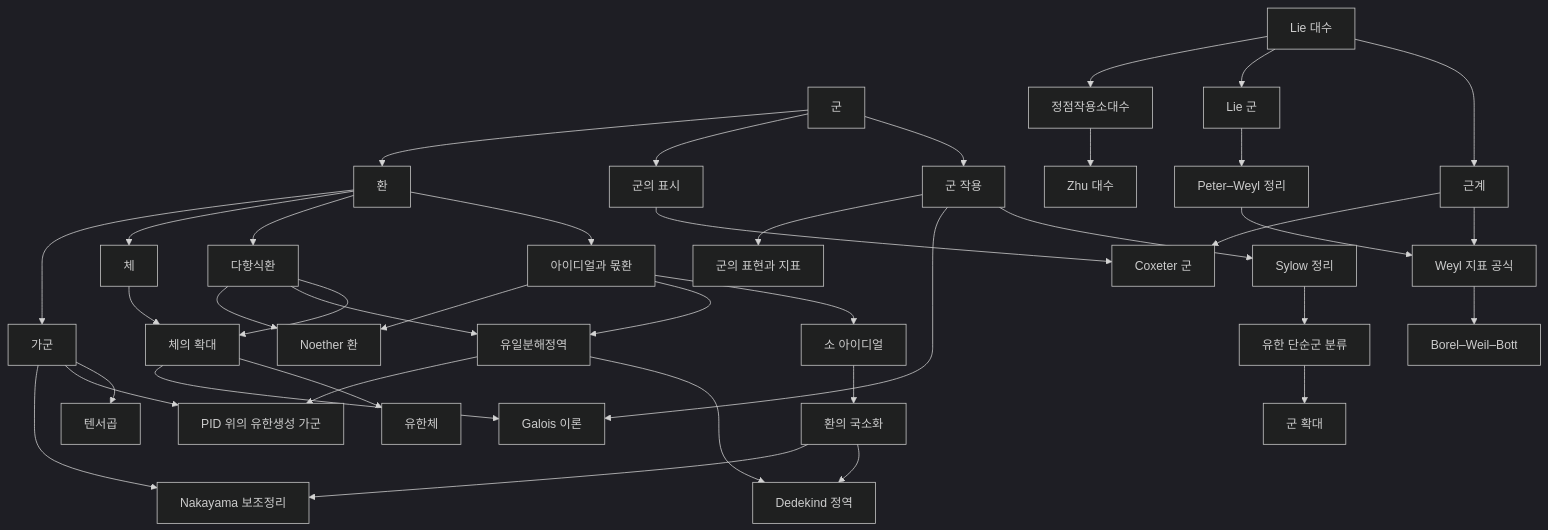
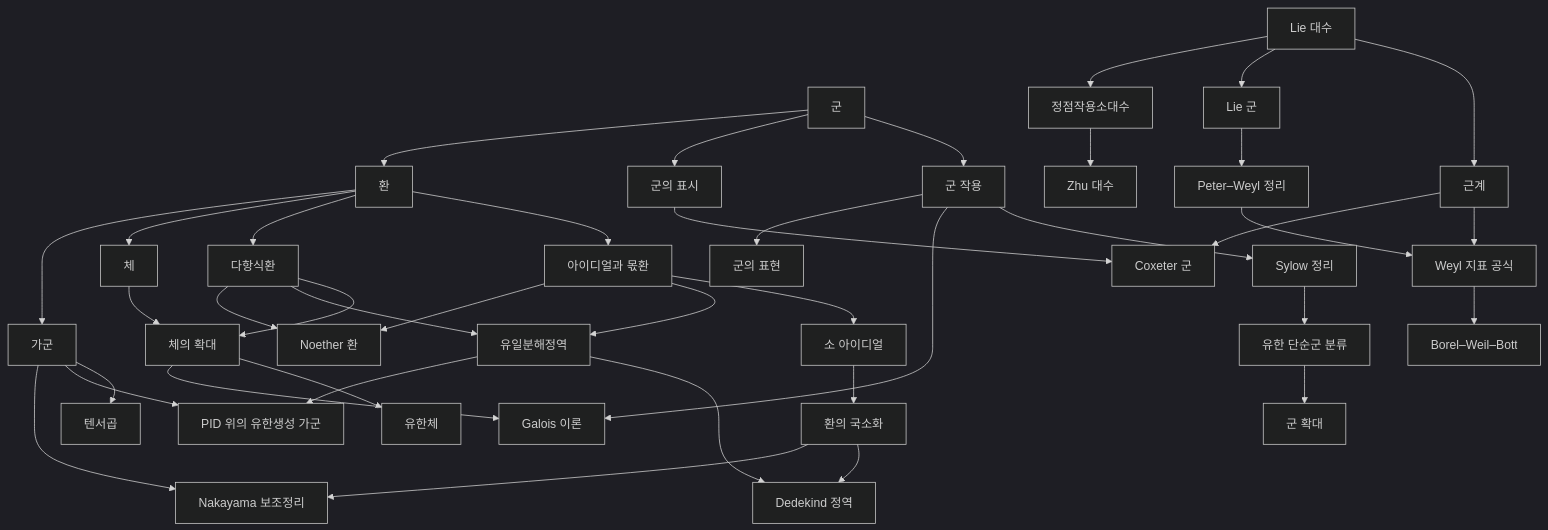
Before and after one commit to Phryxia/math-map: the diagram in docs/abstract-algebra-overview.md, drawn with Mermaid (dark theme). The commit also changed other lines of this file and 45 other files, not shown here.

````diff
--- a/docs/abstract-algebra-overview.md
+++ b/docs/abstract-algebra-overview.md
@@ -11,25 +11,25 @@
 ```mermaid
 graph TD
   G["군"] --> GA["군 작용"] --> SY["Sylow 정리"] --> FS["유한 단순군 분류"] --> GE["군 확대"]
   GA --> GT["Galois 이론"]
-  GA --> GR["군의 표현과 지표"]
+  GA --> GR["군의 표현"]
   G --> GP["군의 표시"] --> CX["Coxeter 군"]
   G --> R["환"] --> ID["아이디얼과 몫환"] --> PI["소 아이디얼"] --> LZ["환의 국소화"]
   ID --> UFD["유일분해정역"] --> DD["Dedekind 정역"]
   ID --> NO["Noether 환"]
   LZ --> DD
   R --> PR["다항식환"] --> FE["체의 확대"]
   PR --> UFD
   PR --> NO
   R --> F["체"] --> FE --> FF["유한체"]
   FE --> GT
   R --> M["가군"] --> TP["텐서곱"]
   M --> FG["PID 위의 유한생성 가군"]
   UFD --> FG
   M --> NK["Nakayama 보조정리"]
   LZ --> NK
   LA["Lie 대수"] --> RS["근계"] --> WC["Weyl 지표 공식"] --> BWB["Borel–Weil–Bott"]
   RS --> CX
   LA --> LG["Lie 군"] --> PW["Peter–Weyl 정리"] --> WC
   LA --> VOA["정점작용소대수"] --> ZA["Zhu 대수"]
 ```
````
